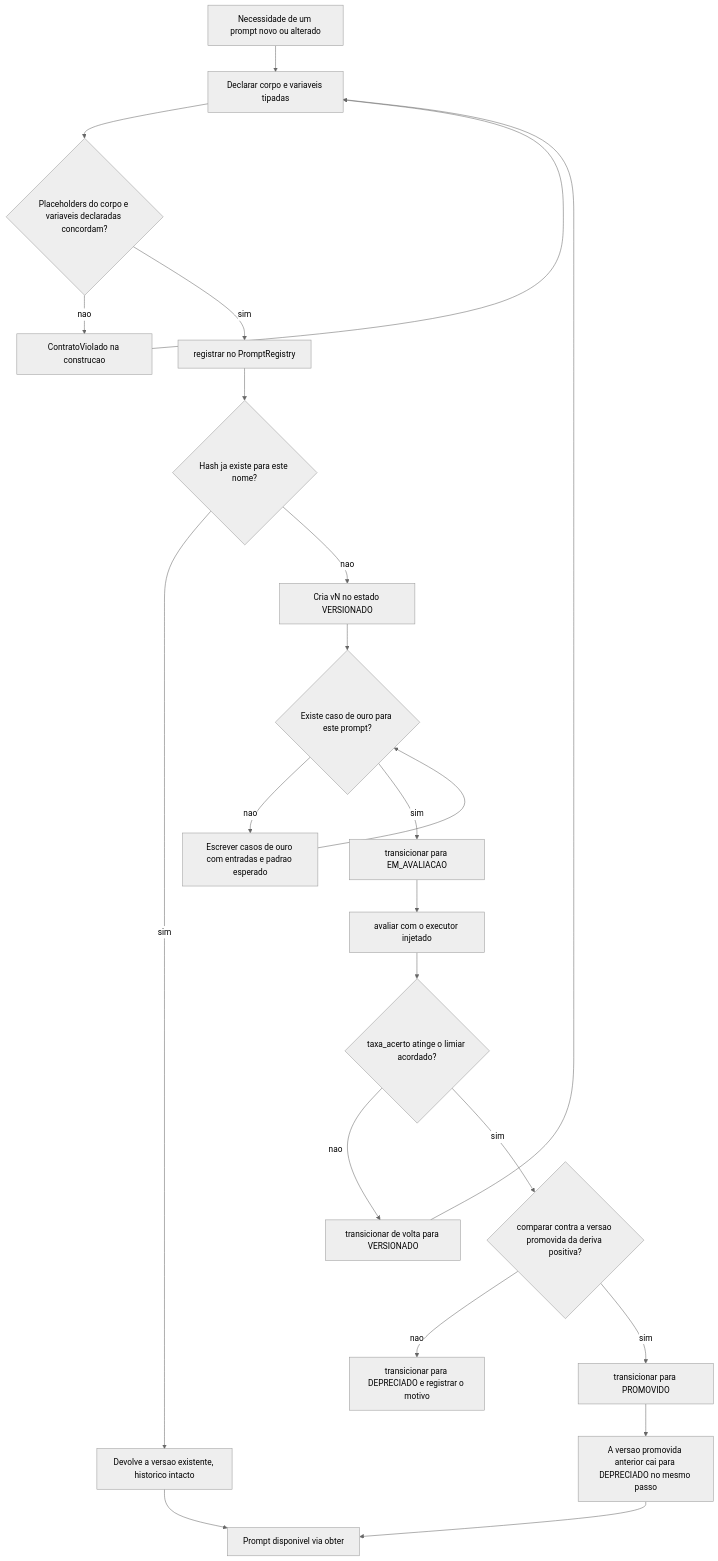
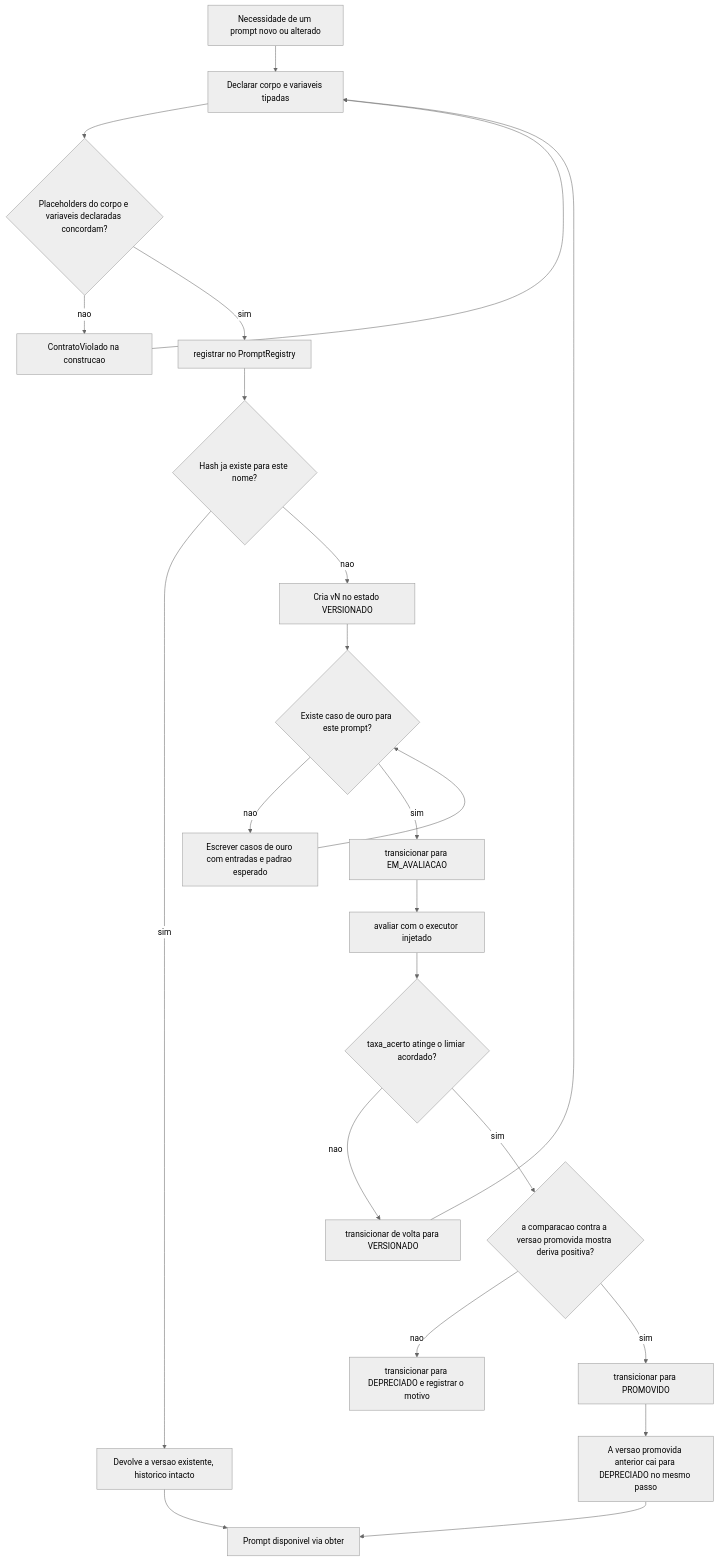
One commit to AlphaContabilidade/Plataforma-de-Engenharia-de-Projetos-de-IA changed the first of 2 diagrams in 07-PROMPT-ENGINE/06-Fluxogramas.md. Above: the diagram before and after it, drawn with Mermaid (neutral theme). The commit also changed other lines of this file and 24 other files, not shown here.

````diff
--- a/07-PROMPT-ENGINE/06-Fluxogramas.md
+++ b/07-PROMPT-ENGINE/06-Fluxogramas.md
@@ -19,25 +19,25 @@
 ```mermaid
 flowchart TD
     A[Necessidade de um prompt novo ou alterado] --> B[Declarar corpo e variaveis tipadas]
     B --> C{Placeholders do corpo e variaveis declaradas concordam?}
     C -- nao --> D[ContratoViolado na construcao]
     D --> B
     C -- sim --> E[registrar no PromptRegistry]
     E --> F{Hash ja existe para este nome?}
     F -- sim --> G[Devolve a versao existente, historico intacto]
     G --> Z[Prompt disponivel via obter]
     F -- nao --> H[Cria vN no estado VERSIONADO]
     H --> I{Existe caso de ouro para este prompt?}
     I -- nao --> J[Escrever casos de ouro com entradas e padrao esperado]
     J --> I
     I -- sim --> K[transicionar para EM_AVALIACAO]
     K --> L[avaliar com o executor injetado]
     L --> M{taxa_acerto atinge o limiar acordado?}
     M -- nao --> N[transicionar de volta para VERSIONADO]
     N --> B
-    M -- sim --> O{comparar contra a versao promovida da deriva positiva?}
+    M -- sim --> O{a comparacao contra a versao promovida mostra deriva positiva?}
     O -- nao --> P[transicionar para DEPRECIADO e registrar o motivo]
     O -- sim --> Q[transicionar para PROMOVIDO]
     Q --> R[A versao promovida anterior cai para DEPRECIADO no mesmo passo]
     R --> Z
 ```
````
